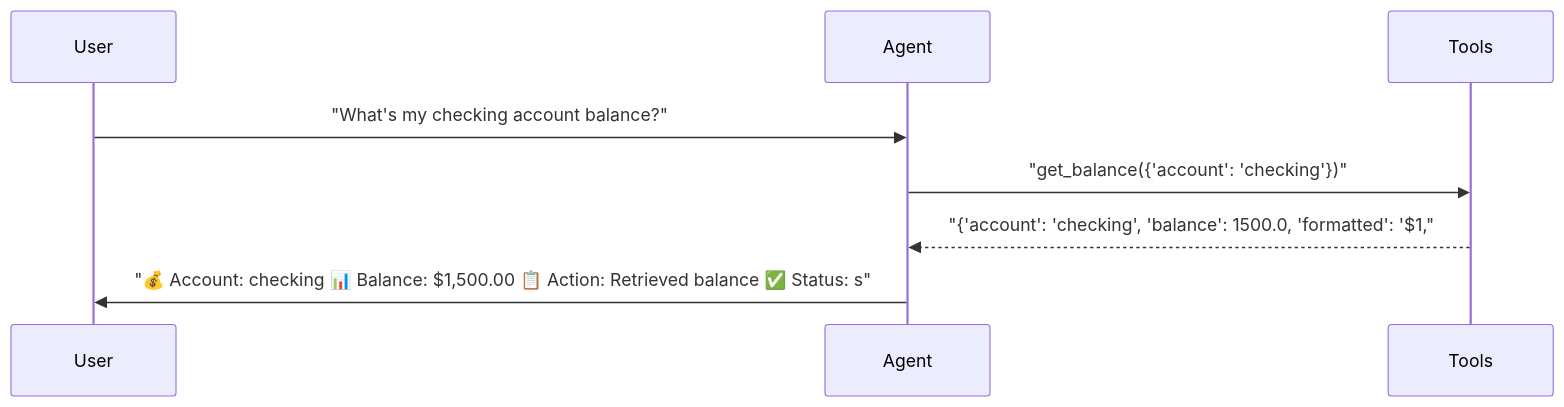
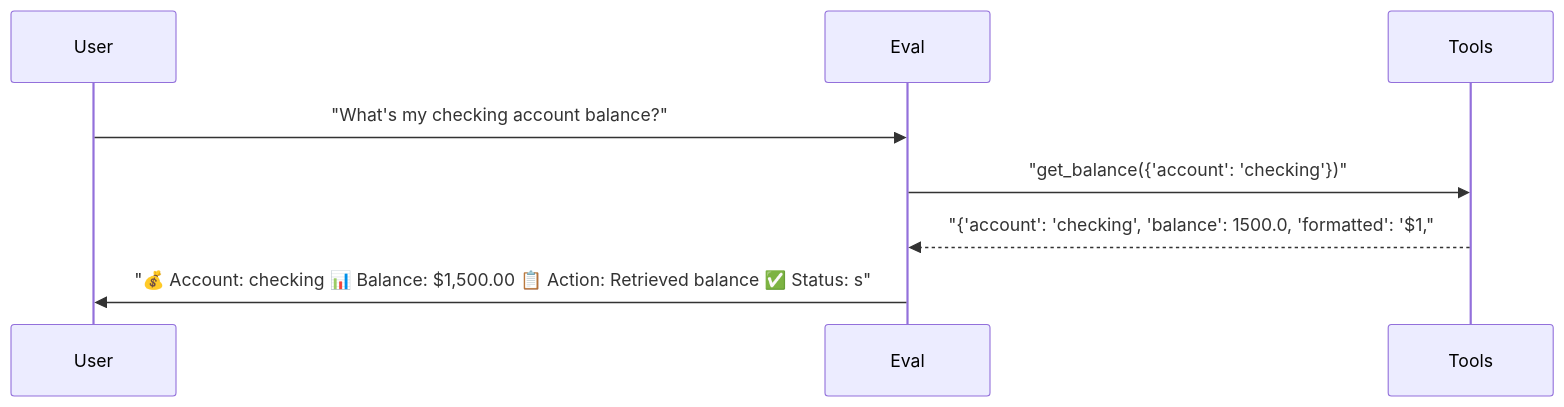
The third of 6 diagrams in docs/reports/05_prompt_comparison.md (sbroenne/pytest-skill-engineering), drawn with Mermaid before and after one commit. The commit also changed other lines of this file and 155 other files, not shown here.

````diff
--- a/docs/reports/05_prompt_comparison.md
+++ b/docs/reports/05_prompt_comparison.md
@@ -252,11 +252,11 @@
 ```mermaid
 sequenceDiagram
     participant User
-    participant Agent
+    participant Eval
     participant Tools
 
-    User->>Agent: "What's my checking account balance?"
-    Agent->>Tools: "get_balance({'account': 'checking'})"
-    Tools-->>Agent: "{'account': 'checking', 'balance': 1500.0, 'formatted': '$1,"
-    Agent->>User: "💰 Account: checking 📊 Balance: $1,500.00 📋 Action: Retrieved balance ✅ Status: s"
+    User->>Eval: "What's my checking account balance?"
+    Eval->>Tools: "get_balance({'account': 'checking'})"
+    Tools-->>Eval: "{'account': 'checking', 'balance': 1500.0, 'formatted': '$1,"
+    Eval->>User: "💰 Account: checking 📊 Balance: $1,500.00 📋 Action: Retrieved balance ✅ Status: s"
 ```
````
